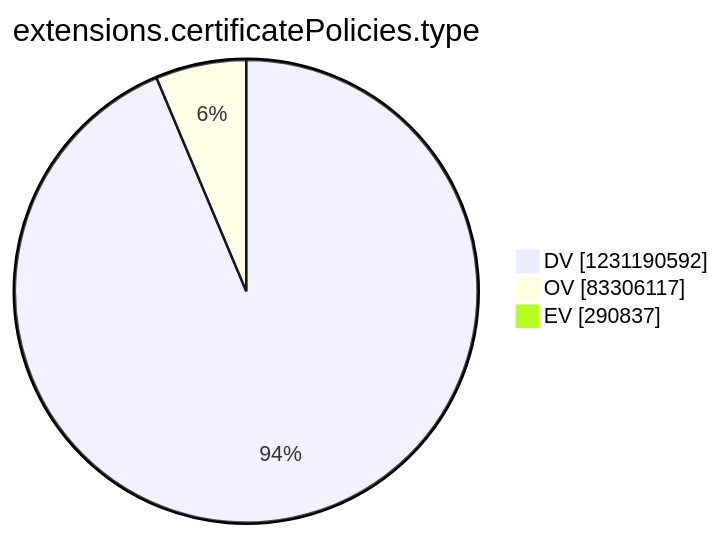
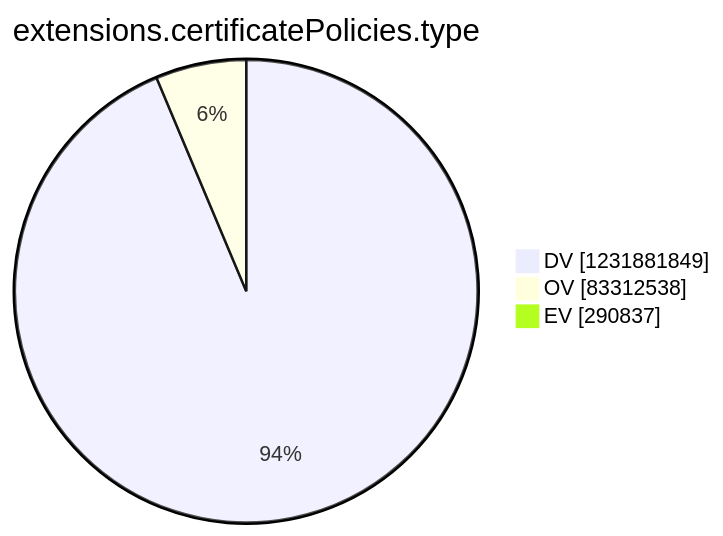
One commit to christiankrug/ctmonitor_visualization changed the tenth of 15 diagrams in argon2022/README.md. Above: the diagram before and after it, drawn with Mermaid. The commit also changed other lines of this file, not shown here.

````diff
--- a/argon2022/README.md
+++ b/argon2022/README.md
@@ -2770,7 +2770,7 @@
 ```mermaid
 pie showData
 title extensions.certificatePolicies.type
-"DV" :1231190592
-"OV" :83306117
+"DV" :1231881849
+"OV" :83312538
 "EV" :290837
 ```
````
